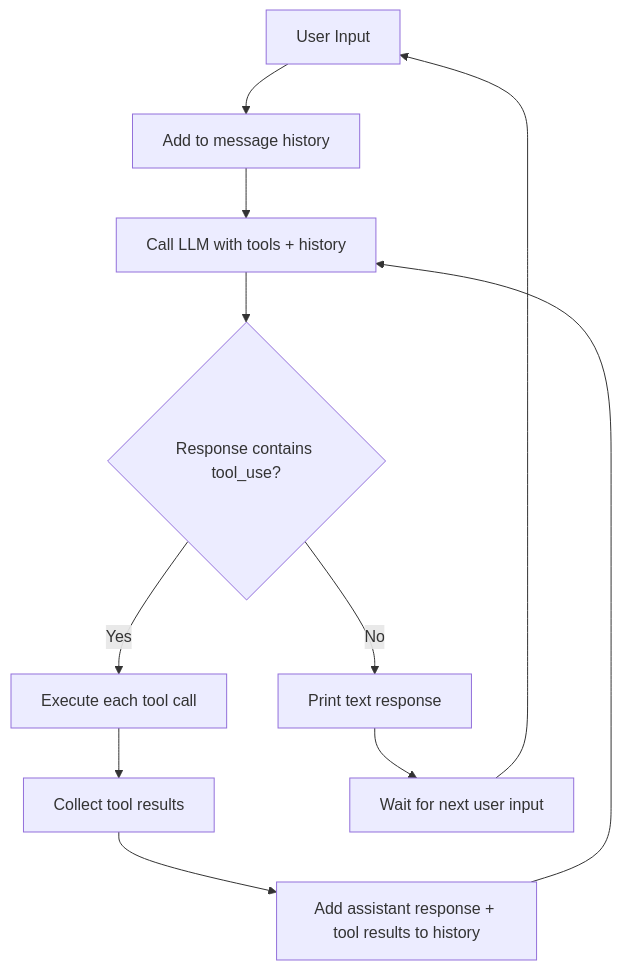
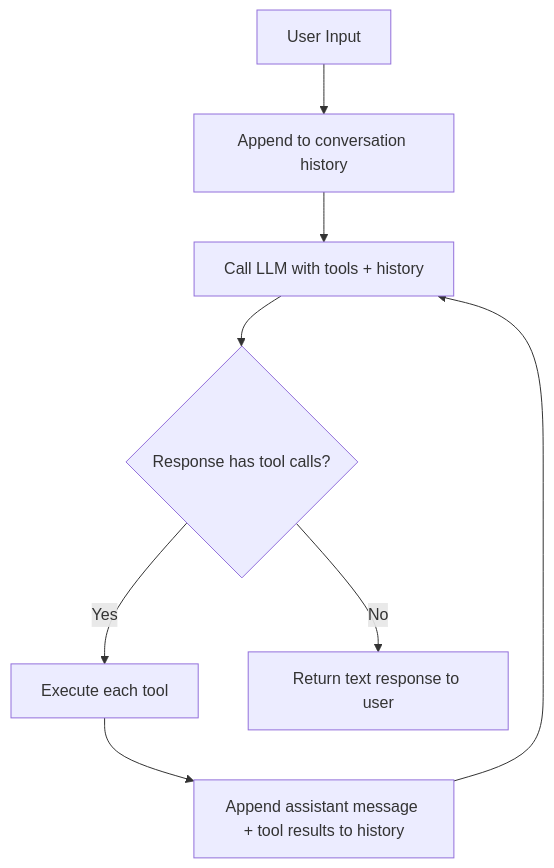
One commit to mrcloudchase/mrcloudchase-blog changed the first of 2 diagrams in posts/2026-03-05-anatomy-of-an-agent-loop.md. Above: the diagram before and after it, drawn with Mermaid. The commit also changed other lines of this file, not shown here.

````diff
--- a/posts/2026-03-05-anatomy-of-an-agent-loop.md
+++ b/posts/2026-03-05-anatomy-of-an-agent-loop.md
@@ -22,13 +24,10 @@
 ```mermaid
 graph TD
-    A[User Input] --> B[Add to message history]
+    A[User Input] --> B[Append to conversation history]
     B --> C[Call LLM with tools + history]
-    C --> D{Response contains tool_use?}
-    D -->|Yes| E[Execute each tool call]
-    E --> F[Collect tool results]
-    F --> G[Add assistant response + tool results to history]
-    G --> C
-    D -->|No| H[Print text response]
-    H --> I[Wait for next user input]
-    I --> A
+    C --> D{Response has tool calls?}
+    D -->|Yes| E[Execute each tool]
+    E --> F[Append assistant message + tool results to history]
+    F --> C
+    D -->|No| G[Return text response to user]
 ```
````
